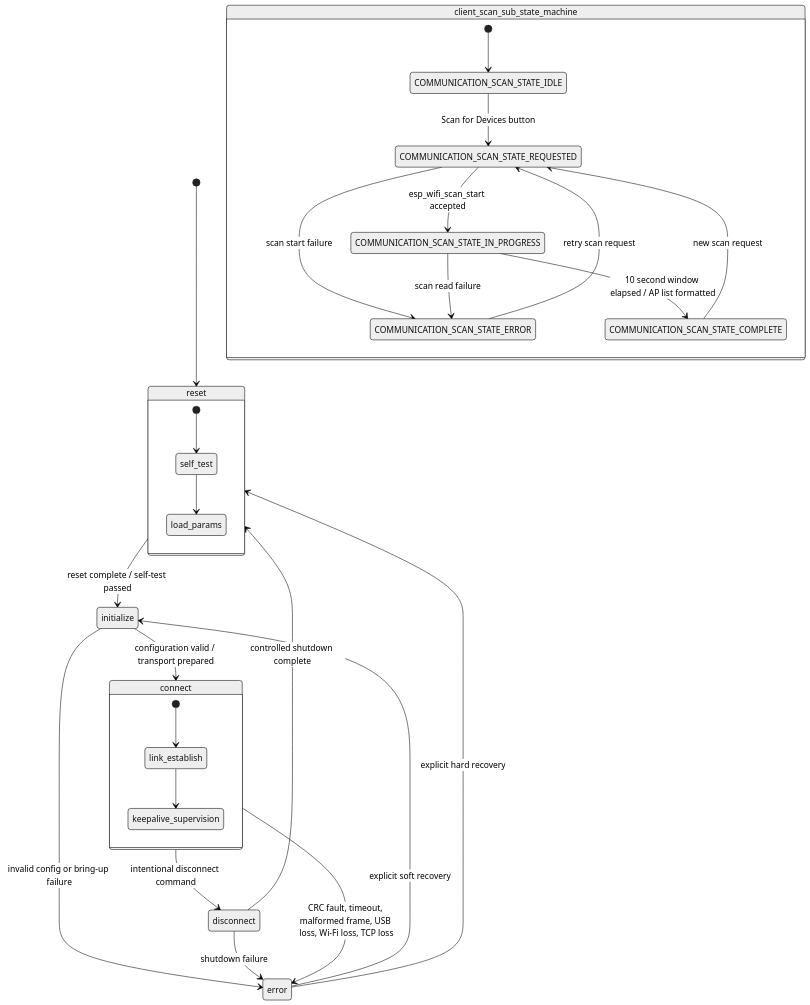
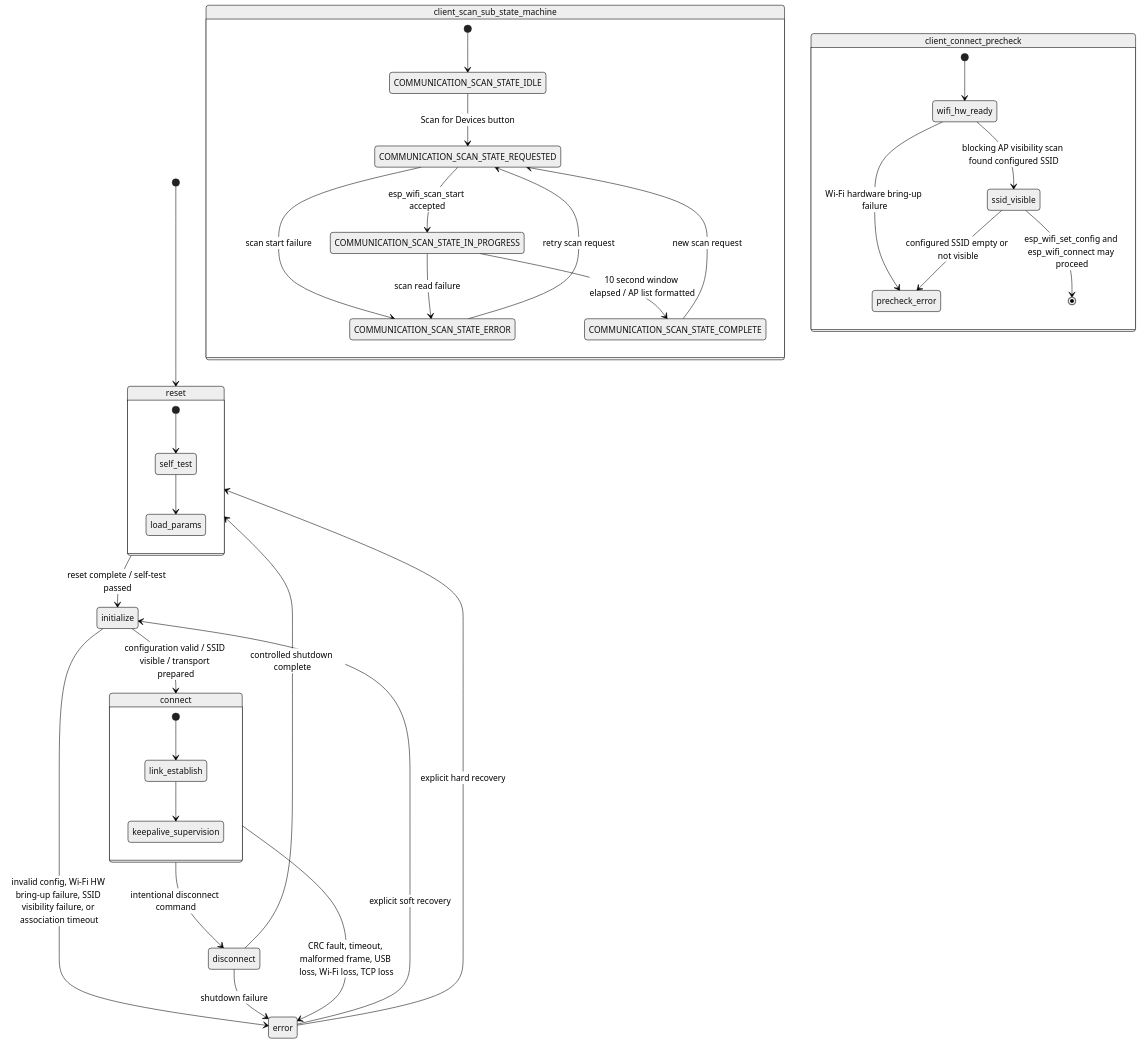
Before and after one commit to eyalglotman-collab/Gaggia_Client-ESP32-S3-Touch-LCD-4.3B-BOX: the diagram in docs/architecture/transport_state_machine.mmd, drawn with Mermaid (neutral theme). The commit also changed 10 other files, not shown here.

```diff
--- a/docs/architecture/transport_state_machine.mmd
+++ b/docs/architecture/transport_state_machine.mmd
@@ -1,32 +1,40 @@
 stateDiagram-v2
     [*] --> reset
     reset --> initialize: reset complete / self-test passed
-    initialize --> connect: configuration valid / transport prepared
-    initialize --> error: invalid config or bring-up failure
+    initialize --> connect: configuration valid / SSID visible / transport prepared
+    initialize --> error: invalid config, Wi-Fi HW bring-up failure, SSID visibility failure, or association timeout
     connect --> disconnect: intentional disconnect command
     connect --> error: CRC fault, timeout, malformed frame, USB loss, Wi-Fi loss, TCP loss
     disconnect --> reset: controlled shutdown complete
     disconnect --> error: shutdown failure
     error --> reset: explicit hard recovery
     error --> initialize: explicit soft recovery
 
     state reset {
         [*] --> self_test
         self_test --> load_params
     }
 
     state connect {
         [*] --> link_establish
         link_establish --> keepalive_supervision
     }
 
     state "client_scan_sub_state_machine" as client_scan {
         [*] --> COMMUNICATION_SCAN_STATE_IDLE
         COMMUNICATION_SCAN_STATE_IDLE --> COMMUNICATION_SCAN_STATE_REQUESTED: Scan for Devices button
         COMMUNICATION_SCAN_STATE_REQUESTED --> COMMUNICATION_SCAN_STATE_IN_PROGRESS: esp_wifi_scan_start accepted
         COMMUNICATION_SCAN_STATE_REQUESTED --> COMMUNICATION_SCAN_STATE_ERROR: scan start failure
         COMMUNICATION_SCAN_STATE_IN_PROGRESS --> COMMUNICATION_SCAN_STATE_COMPLETE: 10 second window elapsed / AP list formatted
         COMMUNICATION_SCAN_STATE_IN_PROGRESS --> COMMUNICATION_SCAN_STATE_ERROR: scan read failure
         COMMUNICATION_SCAN_STATE_COMPLETE --> COMMUNICATION_SCAN_STATE_REQUESTED: new scan request
         COMMUNICATION_SCAN_STATE_ERROR --> COMMUNICATION_SCAN_STATE_REQUESTED: retry scan request
     }
+
+    state "client_connect_precheck" as client_precheck {
+        [*] --> wifi_hw_ready
+        wifi_hw_ready --> ssid_visible: blocking AP visibility scan found configured SSID
+        wifi_hw_ready --> precheck_error: Wi-Fi hardware bring-up failure
+        ssid_visible --> [*]: esp_wifi_set_config and esp_wifi_connect may proceed
+        ssid_visible --> precheck_error: configured SSID empty or not visible
+    }
```
